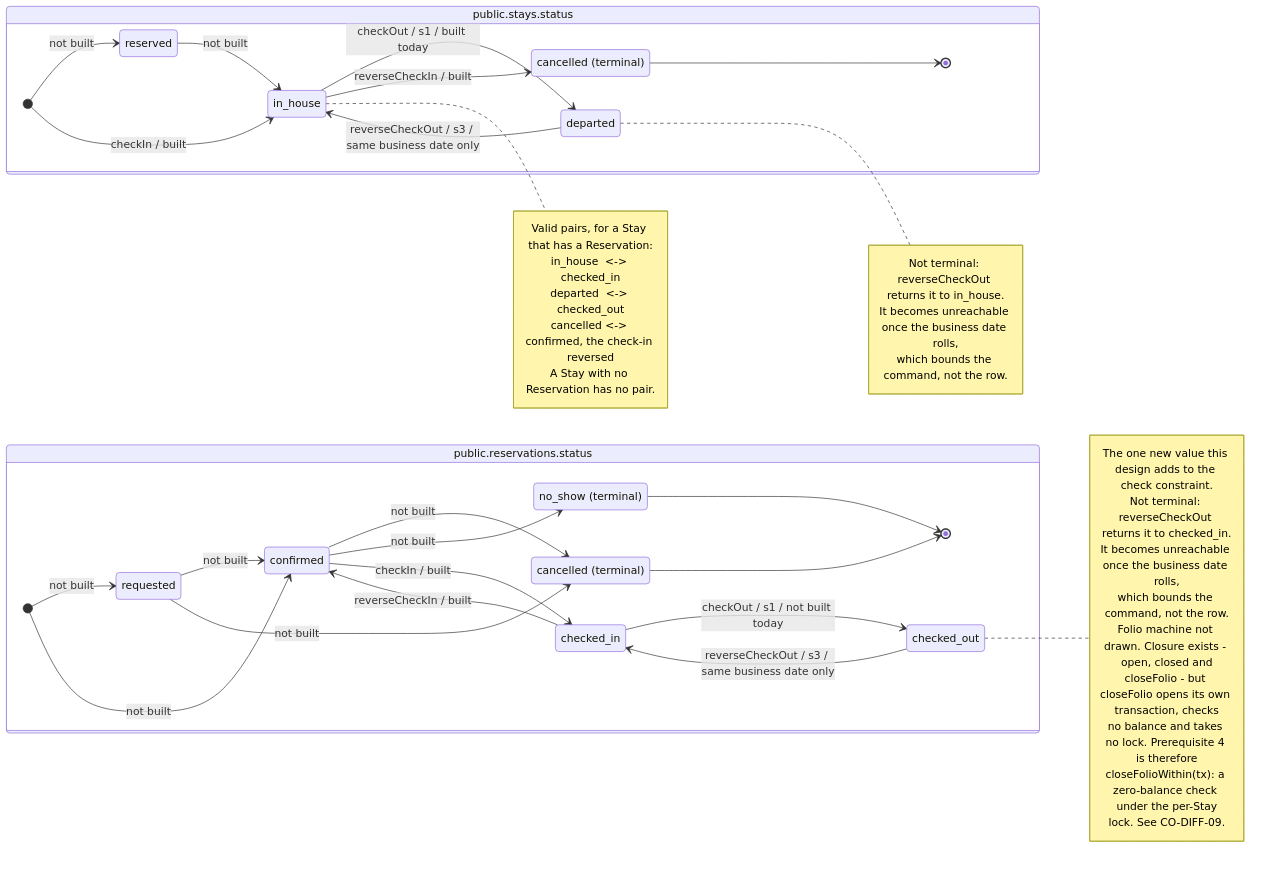
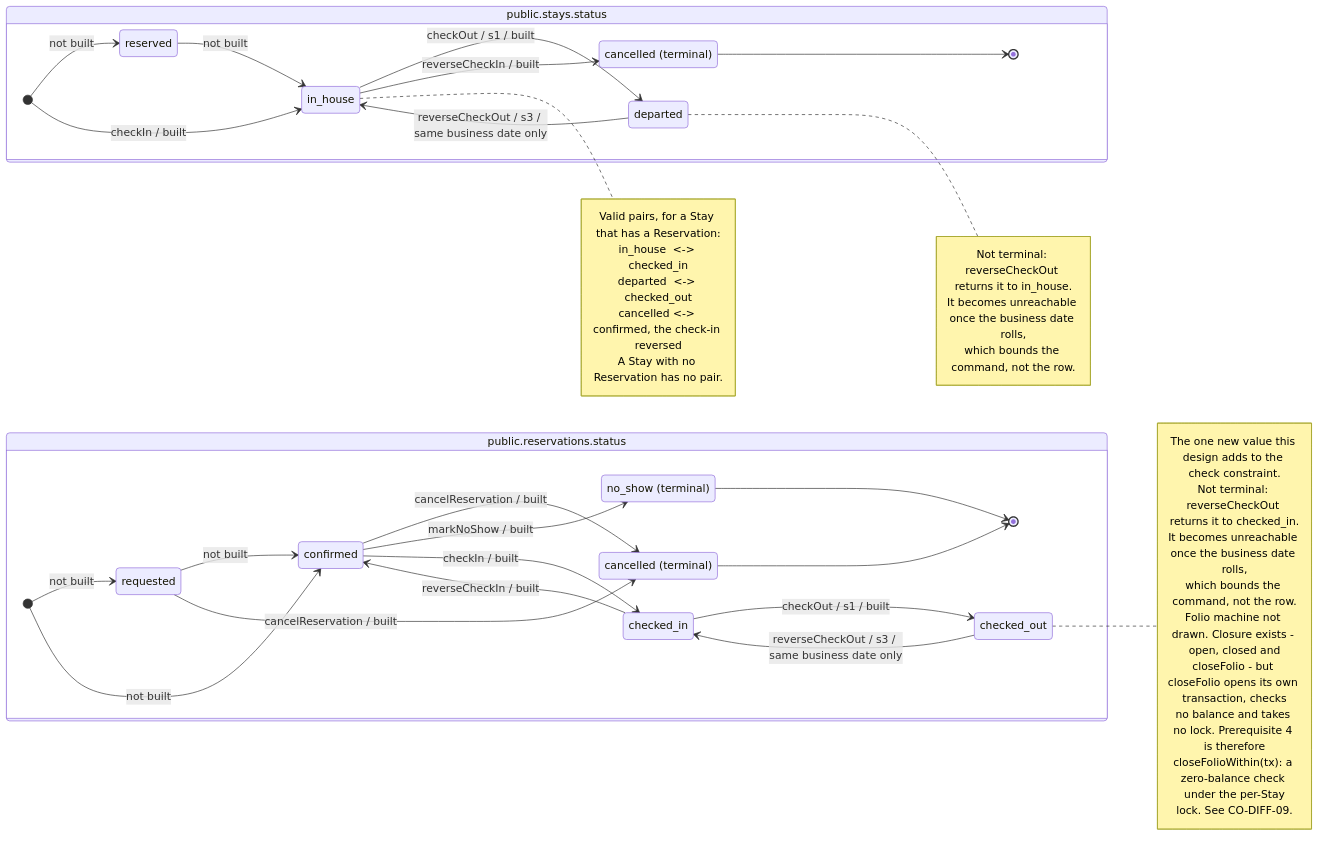
Before and after one commit to prizic/ranza: the diagram in docs/features/check-out/states.mmd, drawn with Mermaid. The commit also changed 1 other file, not shown here.

Commit message:
docs(front-office): the roadmap and state diagram say what is built
Cancel, no-show and the Reservation's checked_out are built; the
Reservations row of the roadmap names ADR 0029 and ADR 0030 and drops the
gap it used to name.

```diff
--- a/docs/features/check-out/states.mmd
+++ b/docs/features/check-out/states.mmd
@@ -1,78 +1,78 @@
 %% Anything not drawn here is forbidden.
 %% Every transition carries its command and its slice.
 %% "not built" means no command reaches it today: the state exists in the check
 %% constraint and nothing can put a row into it.
 %% Slices: s1 zero-balance check-out, s2 leave a Folio open, s3 reverse,
 %%         s4 subscription exit paths. s2 and s4 add no transition; they decide
 %%         whether s1's transition is allowed, not where it goes.
 %% Ids are prefixed because a state id is global in Mermaid: an unprefixed
 %% "cancelled" is one node shared by both machines, which drew the Stay's
 %% withdrawal as landing in the Reservation.
 stateDiagram-v2
   direction LR
 
   state "public.stays.status" as StayMachine {
     state "reserved" as s_reserved
     state "in_house" as s_in_house
     state "departed" as s_departed
     state "cancelled (terminal)" as s_cancelled
 
     [*] --> s_reserved : not built
     [*] --> s_in_house : checkIn / built
     s_reserved --> s_in_house : not built
-    s_in_house --> s_departed : checkOut / s1 / built today
+    s_in_house --> s_departed : checkOut / s1 / built
     s_in_house --> s_cancelled : reverseCheckIn / built
     s_departed --> s_in_house : reverseCheckOut / s3 / same business date only
     s_cancelled --> [*]
   }
 
   state "public.reservations.status" as ReservationMachine {
     state "requested" as r_requested
     state "confirmed" as r_confirmed
     state "checked_in" as r_checked_in
     state "checked_out" as r_checked_out
     state "cancelled (terminal)" as r_cancelled
     state "no_show (terminal)" as r_no_show
 
     [*] --> r_requested : not built
     [*] --> r_confirmed : not built
     r_requested --> r_confirmed : not built
-    r_requested --> r_cancelled : not built
-    r_confirmed --> r_cancelled : not built
-    r_confirmed --> r_no_show : not built
+    r_requested --> r_cancelled : cancelReservation / built
+    r_confirmed --> r_cancelled : cancelReservation / built
+    r_confirmed --> r_no_show : markNoShow / built
     r_confirmed --> r_checked_in : checkIn / built
     r_checked_in --> r_confirmed : reverseCheckIn / built
-    r_checked_in --> r_checked_out : checkOut / s1 / not built today
+    r_checked_in --> r_checked_out : checkOut / s1 / built
     r_checked_out --> r_checked_in : reverseCheckOut / s3 / same business date only
     r_cancelled --> [*]
     r_no_show --> [*]
   }
 
   note right of s_departed
     Not terminal: reverseCheckOut returns it to in_house.
     It becomes unreachable once the business date rolls,
     which bounds the command, not the row.
   end note
 
   note right of s_in_house
     Valid pairs, for a Stay that has a Reservation:
       in_house  <-> checked_in
       departed  <-> checked_out
       cancelled <-> confirmed, the check-in reversed
     A Stay with no Reservation has no pair.
   end note
 
   note right of r_checked_out
     The one new value this design adds to the check constraint.
     Not terminal: reverseCheckOut returns it to checked_in.
     It becomes unreachable once the business date rolls,
     which bounds the command, not the row.
     Folio machine not drawn. Closure exists - open, closed and
     closeFolio - but closeFolio opens its own transaction, checks
     no balance and takes no lock. Prerequisite 4 is therefore
     closeFolioWithin(tx): a zero-balance check under the per-Stay
     lock. See CO-DIFF-09.
   end note
 
   %% OPEN: nothing reaches reserved. Deferred to the room assignment feature,
   %% tracked as CO-NB-10.
```
